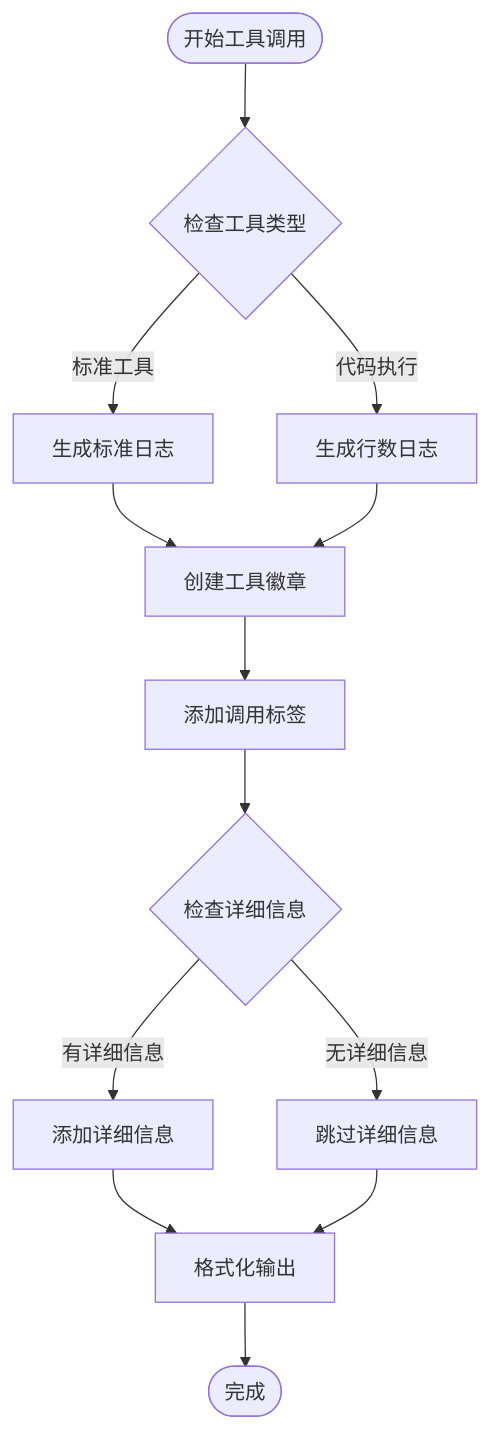
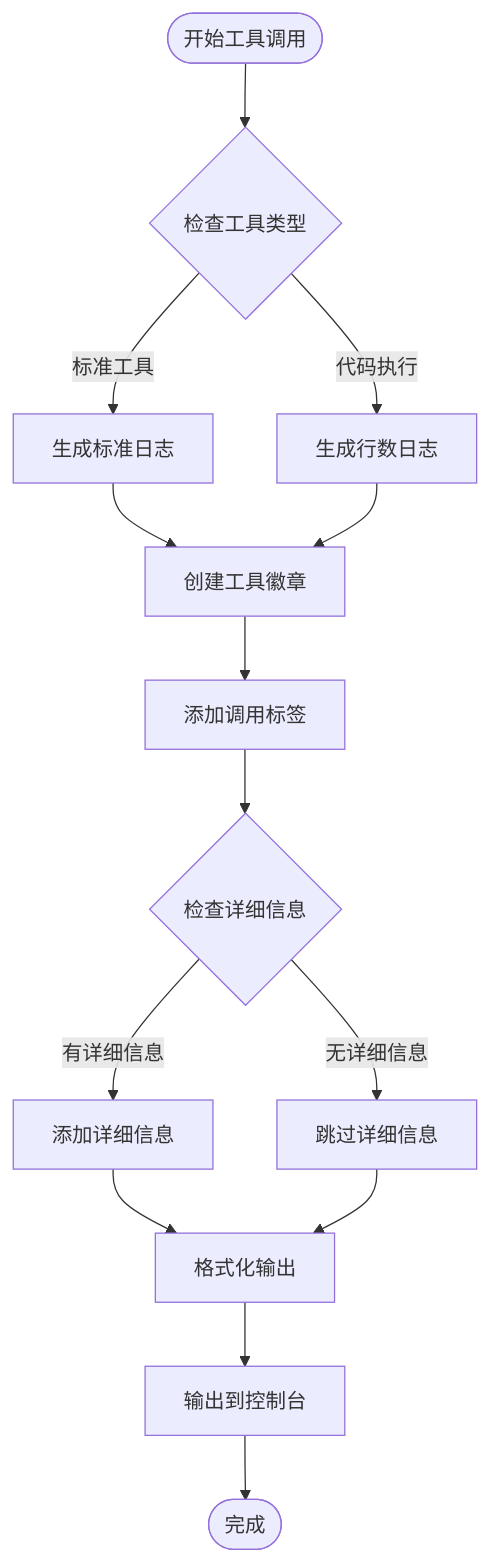
One commit to HAOFUYANG/onion-code changed the sixth of 7 diagrams in .qoder/repowiki/zh/content/核心代理系统/样式系统.md. Above: the diagram before and after it, drawn with Mermaid. The commit also changed other lines of this file and 22 other files, not shown here.

````diff
--- a/.qoder/repowiki/zh/content/核心代理系统/样式系统.md
+++ b/.qoder/repowiki/zh/content/核心代理系统/样式系统.md
@@ -228,15 +250,16 @@
 ```mermaid
 flowchart TD
 Start([开始工具调用]) --> CheckType{检查工具类型}
 CheckType --> |标准工具| StandardLog[生成标准日志]
 CheckType --> |代码执行| LineLog[生成行数日志]
 StandardLog --> Badge[创建工具徽章]
 LineLog --> Badge
 Badge --> Tag[添加调用标签]
 Tag --> Detail{检查详细信息}
 Detail --> |有详细信息| Info[添加详细信息]
 Detail --> |无详细信息| NoInfo[跳过详细信息]
 Info --> Format[格式化输出]
 NoInfo --> Format
-Format --> End([完成])
+Format --> Console[输出到控制台]
+Console --> End([完成])
 ```
````
